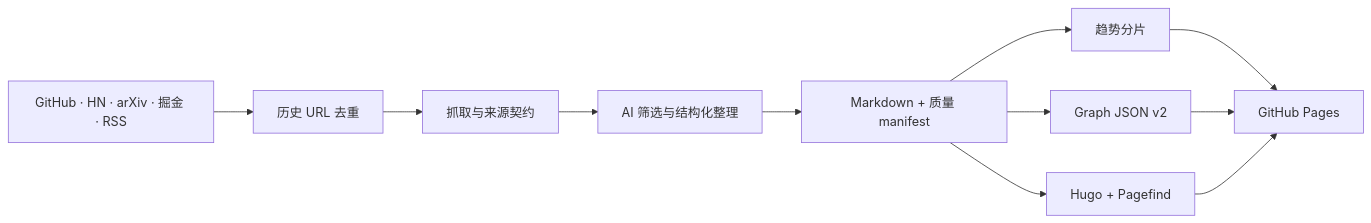
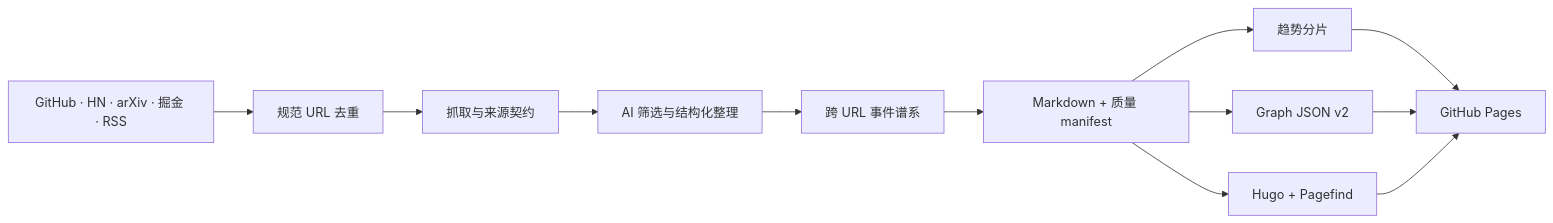
Before and after one commit to g5n-dev/ai-stack: the diagram in docs/README.md, drawn with Mermaid. The commit also changed other lines of this file and 2649 other files, not shown here.

````diff
--- a/docs/README.md
+++ b/docs/README.md
@@ -81,13 +81,14 @@
 ```mermaid
 flowchart LR
-  S["GitHub · HN · arXiv · 掘金 · RSS"] --> D["历史 URL 去重"]
+  S["GitHub · HN · arXiv · 掘金 · RSS"] --> D["规范 URL 去重"]
   D --> C["抓取与来源契约"]
   C --> L["AI 筛选与结构化整理"]
-  L --> M["Markdown + 质量 manifest"]
+  L --> E["跨 URL 事件谱系"]
+  E --> M["Markdown + 质量 manifest"]
   M --> T["趋势分片"]
   M --> G["Graph JSON v2"]
   M --> H["Hugo + Pagefind"]
   T --> P["GitHub Pages"]
   G --> P
   H --> P
 ```
````
